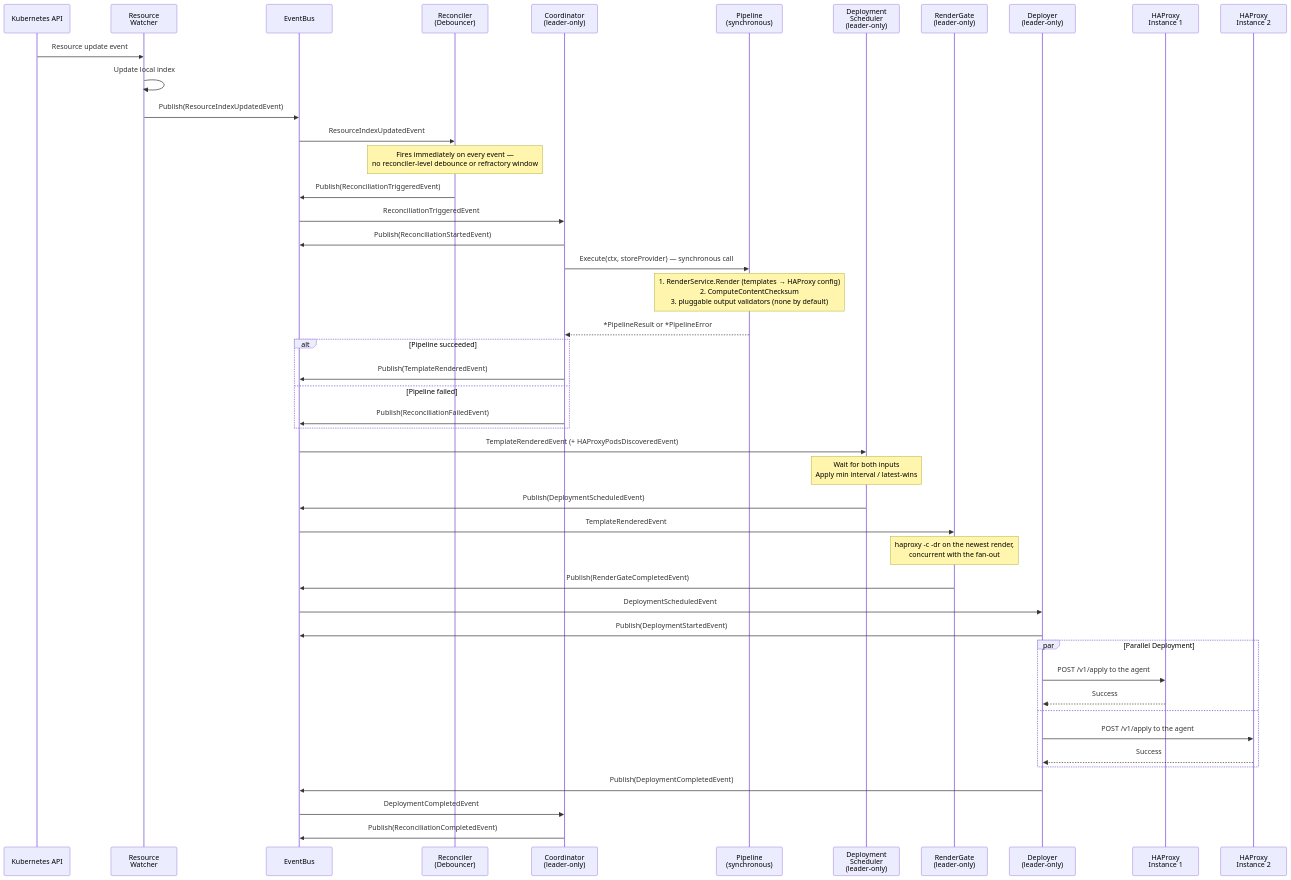
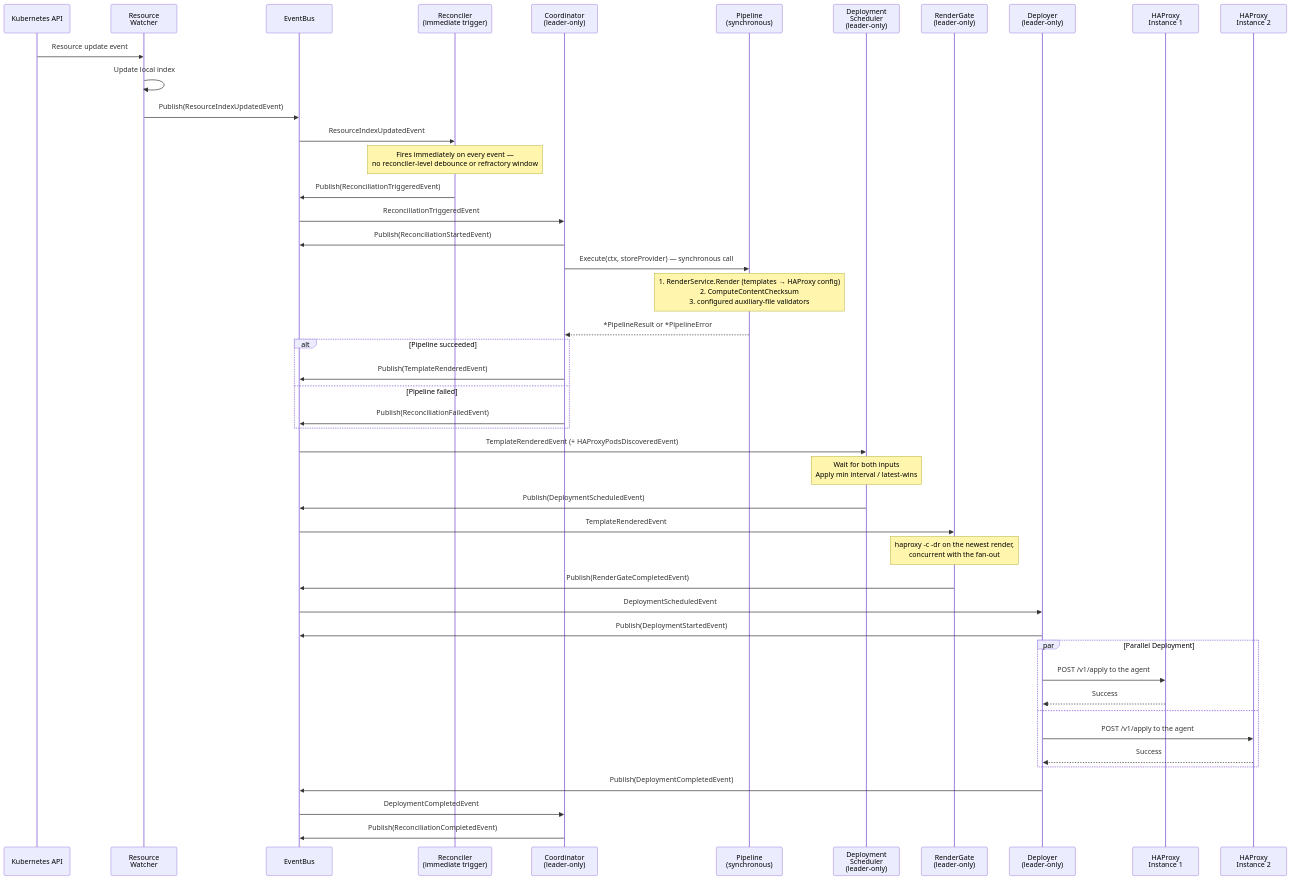
One commit to HAProxy-Template-IC/haproxy-template-ingress-controller changed the second of 4 diagrams in docs/site/docs/development/design/sequence-diagrams.md. Above: the diagram before and after it, drawn with Mermaid. The commit also changed other lines of this file and 65 other files, not shown here.

````diff
--- a/docs/site/docs/development/design/sequence-diagrams.md
+++ b/docs/site/docs/development/design/sequence-diagrams.md
@@ -84,59 +84,59 @@
 ```mermaid
 sequenceDiagram
     participant K8S as Kubernetes API
     participant ResourceWatcher as Resource<br/>Watcher
     participant EventBus
-    participant Reconciler as Reconciler<br/>(Debouncer)
+    participant Reconciler as Reconciler<br/>(immediate trigger)
     participant Coordinator as Coordinator<br/>(leader-only)
     participant Pipeline as Pipeline<br/>(synchronous)
     participant Scheduler as Deployment<br/>Scheduler<br/>(leader-only)
     participant RenderGate as RenderGate<br/>(leader-only)
     participant Deployer as Deployer<br/>(leader-only)
     participant HAProxy1 as HAProxy<br/>Instance 1
     participant HAProxy2 as HAProxy<br/>Instance 2
 
     K8S->>ResourceWatcher: Resource update event
     ResourceWatcher->>ResourceWatcher: Update local index
     ResourceWatcher->>EventBus: Publish(ResourceIndexUpdatedEvent)
 
     EventBus->>Reconciler: ResourceIndexUpdatedEvent
     Note over Reconciler: Fires immediately on every event —<br/>no reconciler-level debounce or refractory window
 
     Reconciler->>EventBus: Publish(ReconciliationTriggeredEvent)
 
     EventBus->>Coordinator: ReconciliationTriggeredEvent
     Coordinator->>EventBus: Publish(ReconciliationStartedEvent)
 
     Coordinator->>Pipeline: Execute(ctx, storeProvider) — synchronous call
-    Note over Pipeline: 1. RenderService.Render (templates → HAProxy config)<br/>2. ComputeContentChecksum<br/>3. pluggable output validators (none by default)
+    Note over Pipeline: 1. RenderService.Render (templates → HAProxy config)<br/>2. ComputeContentChecksum<br/>3. configured auxiliary-file validators
     Pipeline-->>Coordinator: *PipelineResult or *PipelineError
 
     alt Pipeline succeeded
         Coordinator->>EventBus: Publish(TemplateRenderedEvent)
     else Pipeline failed
         Coordinator->>EventBus: Publish(ReconciliationFailedEvent)
     end
 
     EventBus->>Scheduler: TemplateRenderedEvent (+ HAProxyPodsDiscoveredEvent)
     Note over Scheduler: Wait for both inputs<br/>Apply min interval / latest-wins
     Scheduler->>EventBus: Publish(DeploymentScheduledEvent)
 
     EventBus->>RenderGate: TemplateRenderedEvent
     Note over RenderGate: haproxy -c -dr on the newest render,<br/>concurrent with the fan-out
     RenderGate->>EventBus: Publish(RenderGateCompletedEvent)
 
     EventBus->>Deployer: DeploymentScheduledEvent
     Deployer->>EventBus: Publish(DeploymentStartedEvent)
 
     par Parallel Deployment
         Deployer->>HAProxy1: POST /v1/apply to the agent
         HAProxy1-->>Deployer: Success
     and
         Deployer->>HAProxy2: POST /v1/apply to the agent
         HAProxy2-->>Deployer: Success
     end
 
     Deployer->>EventBus: Publish(DeploymentCompletedEvent)
     EventBus->>Coordinator: DeploymentCompletedEvent
     Coordinator->>EventBus: Publish(ReconciliationCompletedEvent)
 ```
````
